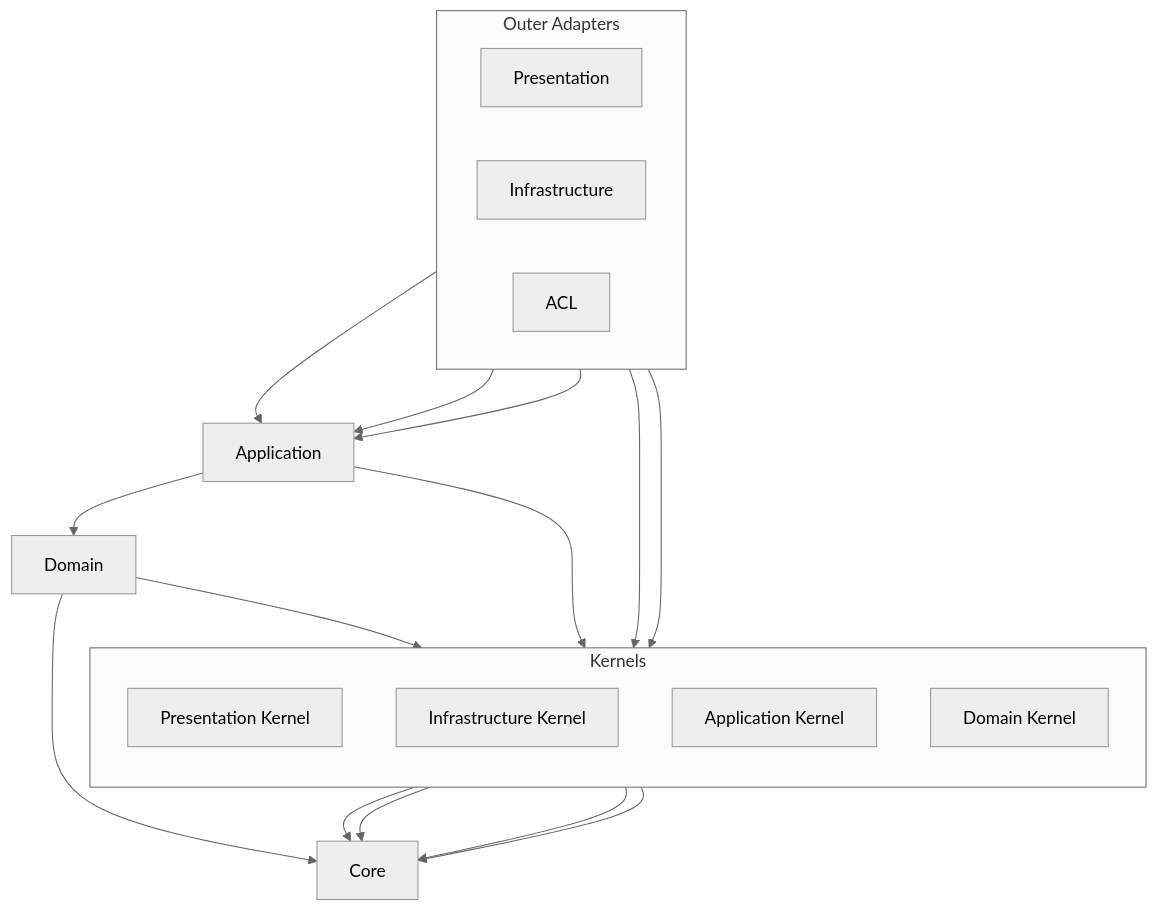
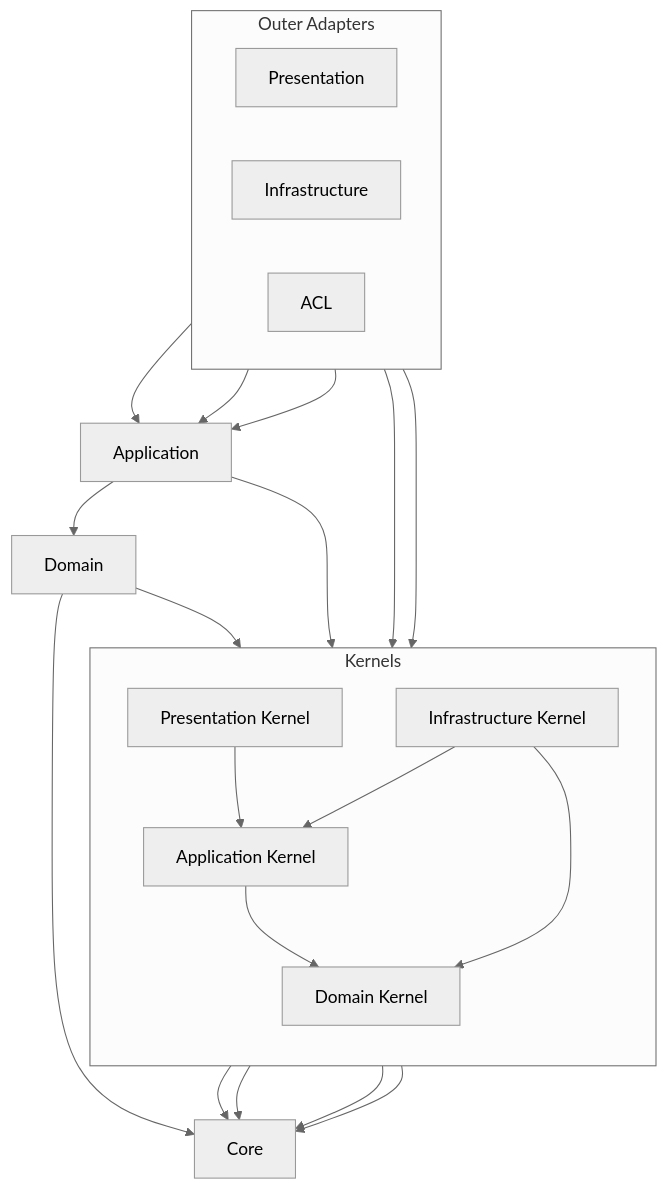
One commit to makeUgreat/sheska changed the diagram in apps/api/docs/en/architecture/source-dependency.md. Above: the diagram before and after it, drawn with Mermaid (neutral theme). The commit also changed other lines of this file and 3 other files, not shown here.

````diff
--- a/apps/api/docs/en/architecture/source-dependency.md
+++ b/apps/api/docs/en/architecture/source-dependency.md
@@ -32,36 +32,40 @@
 ```mermaid
 flowchart TB
   subgraph adapters[Outer Adapters]
     direction LR
     presentation[Presentation]
     infrastructure[Infrastructure]
     acl[ACL]
   end
 
   application[Application]
   domain[Domain]
   core[Core]
 
   subgraph kernels[Kernels]
     direction TB
     presentationKernel[Presentation Kernel]
     infrastructureKernel[Infrastructure Kernel]
     applicationKernel[Application Kernel]
     domainKernel[Domain Kernel]
   end
 
   presentation --> application
   infrastructure --> application
   acl --> application
   application --> domain
   domain --> core
 
   presentation --> presentationKernel
   infrastructure --> infrastructureKernel
   application --> applicationKernel
   domain --> domainKernel
   presentationKernel --> core
   infrastructureKernel --> core
   applicationKernel --> core
   domainKernel --> core
+  presentationKernel --> applicationKernel
+  infrastructureKernel --> applicationKernel
+  infrastructureKernel --> domainKernel
+  applicationKernel --> domainKernel
 ```
````
